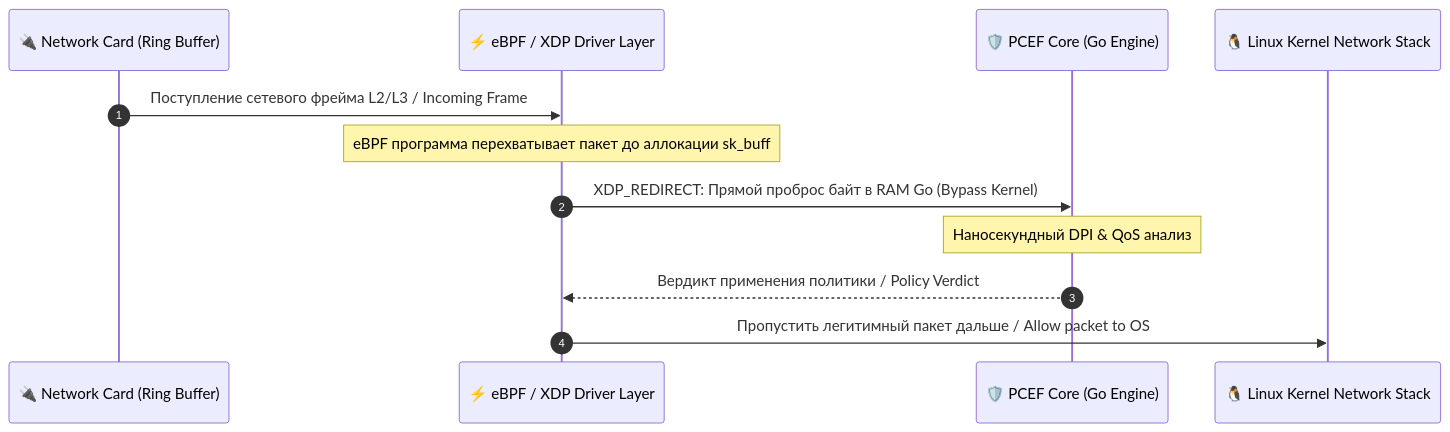
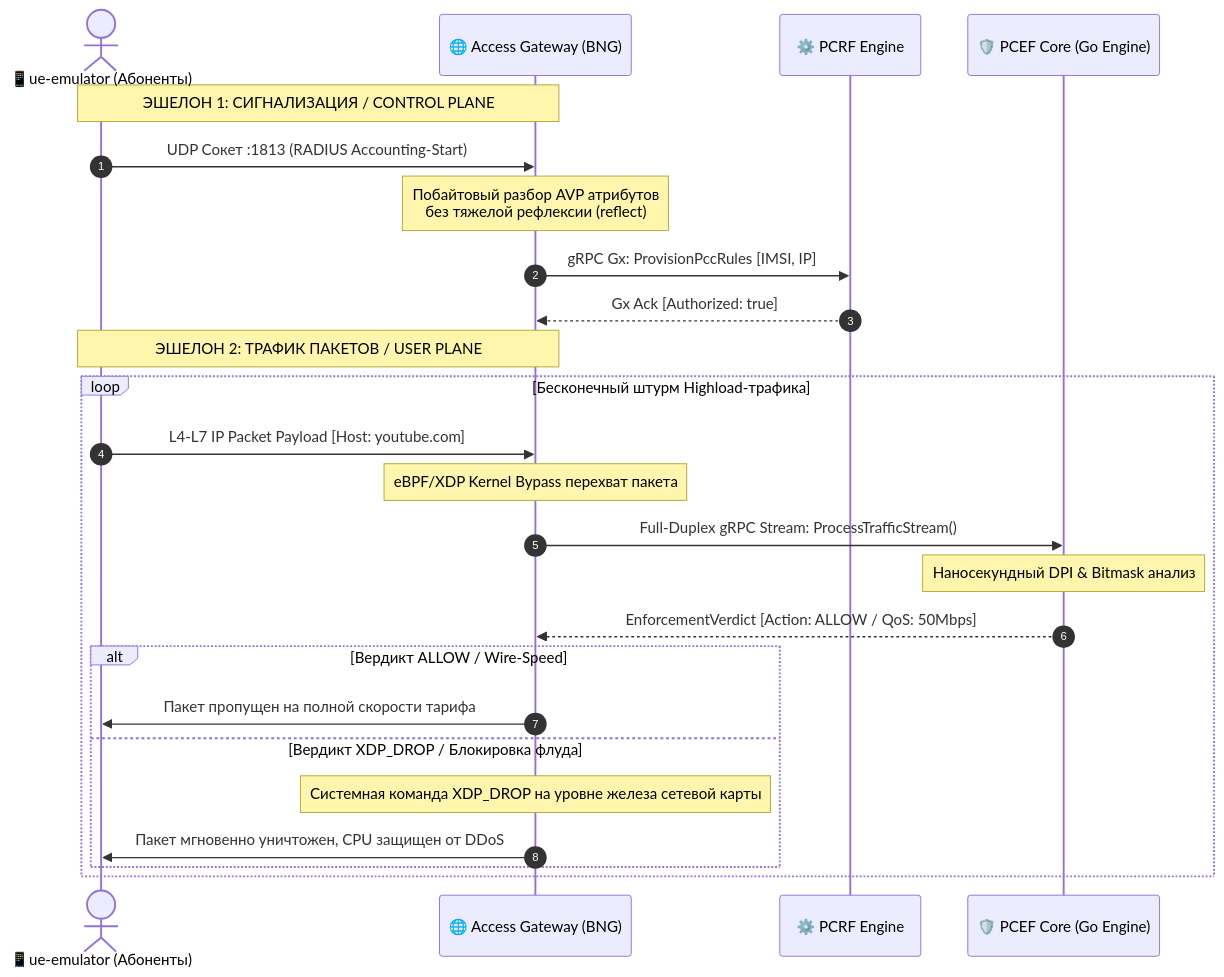
The diagram in docs/specification/gateway-specification.md (system-highload-architect/pcef-shaper-system), drawn with Mermaid before and after one commit. The commit also changed other lines of this file and 3 other files, not shown here.

Commit message:
docs: finalized enterprise specifications with low-level mechanics and 3GPP PCC sequence diagrams

````diff
--- a/docs/specification/gateway-specification.md
+++ b/docs/specification/gateway-specification.md
@@ -11,15 +11,30 @@
 ```mermaid
 sequenceDiagram
     autonumber
-    participant NIC as 🔌 Network Card (Ring Buffer)
-    participant XDP as ⚡ eBPF / XDP Driver Layer
+    actor UE as 📱ue-emulator (Абоненты)
+    participant GW as 🌐 Access Gateway (BNG)
+    participant PCRF as ⚙️ PCRF Engine
     participant Core as 🛡️ PCEF Core (Go Engine)
-    participant Kernel as 🐧 Linux Kernel Network Stack
 
-    NIC->>XDP: Поступление сетевого фрейма L2/L3 / Incoming Frame
-    Note over XDP: eBPF программа перехватывает пакет до аллокации sk_buff
-    XDP->>Core: XDP_REDIRECT: Прямой проброс байт в RAM Go (Bypass Kernel)
-    Note over Core: Наносекундный DPI & QoS анализ
-    Core-->>XDP: Вердикт применения политики / Policy Verdict
-    XDP->>Kernel: Пропустить легитимный пакет дальше / Allow packet to OS
+    Note over UE,GW: ЭШЕЛОН 1: СИГНАЛИЗАЦИЯ / CONTROL PLANE
+    UE->>GW: UDP Сокет :1813 (RADIUS Accounting-Start)
+    Note over GW: Побайтовый разбор AVP атрибутов<br/>без тяжелой рефлексии (reflect)
+    GW->>PCRF: gRPC Gx: ProvisionPccRules [IMSI, IP]
+    PCRF-->>GW: Gx Ack [Authorized: true]
+
+    Note over UE,GW: ЭШЕЛОН 2: ТРАФИК ПАКЕТОВ / USER PLANE
+    loop Бесконечный штурм Highload-трафика
+        UE->>GW: L4-L7 IP Packet Payload [Host: youtube.com]
+        Note over GW: eBPF/XDP Kernel Bypass перехват пакета
+        GW->>Core: Full-Duplex gRPC Stream: ProcessTrafficStream()
+        Note over Core: Наносекундный DPI & Bitmask анализ
+        Core-->>GW: EnforcementVerdict [Action: ALLOW / QoS: 50Mbps]
+        
+        alt Вердикт ALLOW / Wire-Speed
+            GW->>UE: Пакет пропущен на полной скорости тарифа
+        else Вердикт XDP_DROP / Блокировка флуда
+            Note over GW: Системная команда XDP_DROP на уровне железа сетевой карты
+            GW->>UE: Пакет мгновенно уничтожен, CPU защищен от DDoS
+        end
+    end
 ```
````
